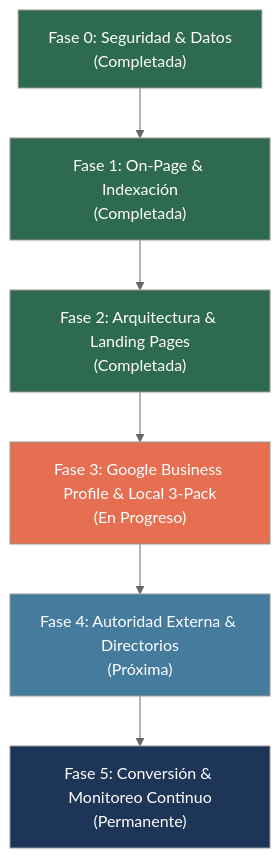
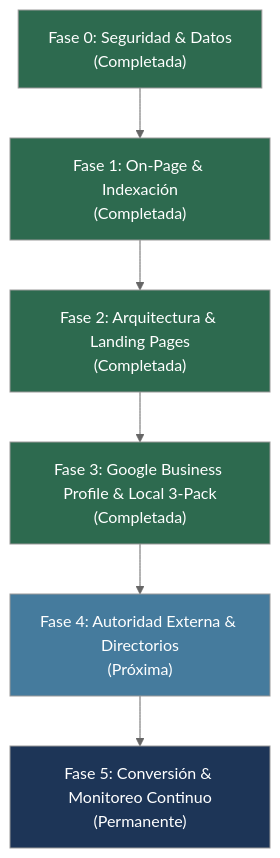
One commit to Charly-bite/draodettenoyola.com changed the diagram in OBJETIVOS_SEO.md. Above: the diagram before and after it, drawn with Mermaid (neutral theme). The commit also changed other lines of this file and 75 other files, not shown here.

````diff
--- a/OBJETIVOS_SEO.md
+++ b/OBJETIVOS_SEO.md
@@ -32,15 +32,15 @@
 ```mermaid
 flowchart TD
     F0["Fase 0: Seguridad & Datos\n(Completada)"] --> F1["Fase 1: On-Page & Indexación\n(Completada)"]
     F1 --> F2["Fase 2: Arquitectura & Landing Pages\n(Completada)"]
-    F2 --> F3["Fase 3: Google Business Profile & Local 3-Pack\n(En Progreso)"]
+    F2 --> F3["Fase 3: Google Business Profile & Local 3-Pack\n(Completada)"]
     F3 --> F4["Fase 4: Autoridad Externa & Directorios\n(Próxima)"]
     F4 --> F5["Fase 5: Conversión & Monitoreo Continuo\n(Permanente)"]
 
     style F0 fill:#2d6a4f,color:#fff
     style F1 fill:#2d6a4f,color:#fff
     style F2 fill:#2d6a4f,color:#fff
-    style F3 fill:#e76f51,color:#fff
+    style F3 fill:#2d6a4f,color:#fff
     style F4 fill:#457b9d,color:#fff
     style F5 fill:#1d3557,color:#fff
 ```
````
